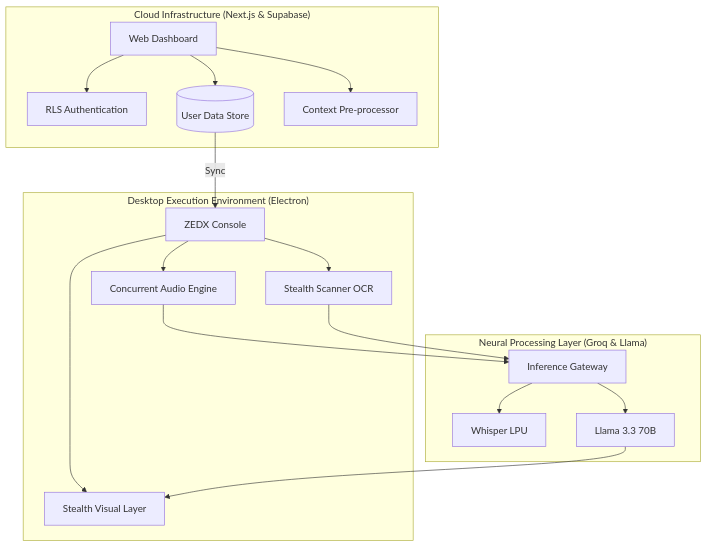
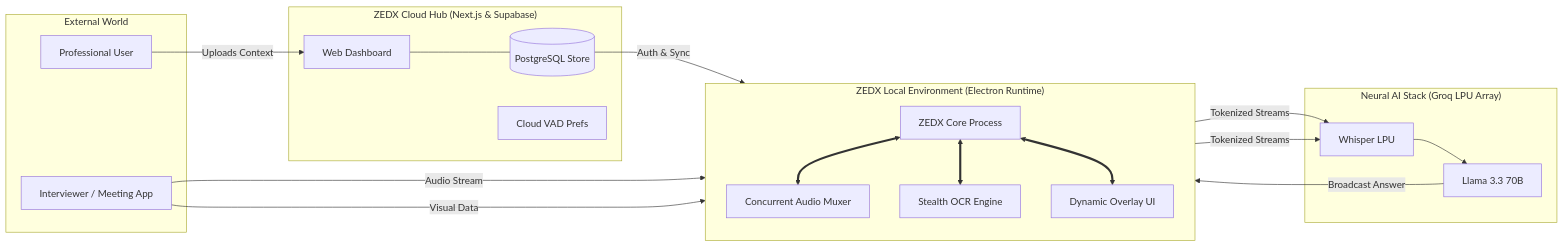
The first of 2 diagrams in README.md (ziademad02153/ZEDX-AI-Assistant), drawn with Mermaid before and after one commit. The commit also changed other lines of this file, not shown here.

Commit message:
docs: finalize ultra-professional wiki with massive system flowcharts

````diff
--- a/README.md
+++ b/README.md
@@ -11,23 +32,39 @@
 ```mermaid
-graph TD
-    subgraph "Cloud Infrastructure (Next.js & Supabase)"
-        WEB[Web Dashboard] --> AUTH[RLS Authentication]
-        WEB --> DB[(User Data Store)]
-        WEB --> CONTEXT[Context Pre-processor]
+graph LR
+    subgraph "External World"
+        USER[Professional User]
+        INT[Interviewer / Meeting App]
     end
 
-    subgraph "Desktop Execution Environment (Electron)"
-        APP[ZEDX Console] --> SCAN[Stealth Scanner OCR]
-        APP --> AUDIO[Concurrent Audio Engine]
-        APP --> OVERLAY[Stealth Visual Layer]
+    subgraph "ZEDX Cloud Hub (Next.js & Supabase)"
+        DASH[Web Dashboard]
+        DB[(PostgreSQL Store)]
+        VAD_W[Cloud VAD Prefs]
+        DASH --- DB
     end
 
-    subgraph "Neural Processing Layer (Groq & Llama)"
-        INF[Inference Gateway] --> STT[Whisper LPU]
-        INF --> LLM[Llama 3.3 70B]
+    subgraph "ZEDX Local Environment (Electron Runtime)"
+        direction TB
+        CORE[ZEDX Core Process]
+        AUDIO[Concurrent Audio Muxer]
+        SCAN[Stealth OCR Engine]
+        UI[Dynamic Overlay UI]
+        
+        CORE <==> AUDIO
+        CORE <==> SCAN
+        CORE <==> UI
     end
 
-    DB -- Sync --> APP
-    AUDIO & SCAN --> INF
-    LLM --> OVERLAY
+    subgraph "Neural AI Stack (Groq LPU Array)"
+        STT[Whisper LPU]
+        LLM[Llama 3.3 70B]
+        STT --> LLM
+    end
+
+    USER -- "Uploads Context" --> DASH
+    DB -- "Auth & Sync" --> CORE
+    INT -- "Audio Stream" --> AUDIO
+    INT -- "Visual Data" --> SCAN
+    AUDIO & SCAN -- "Tokenized Streams" --> STT
+    LLM -- "Broadcast Answer" --> UI
 ```
````
